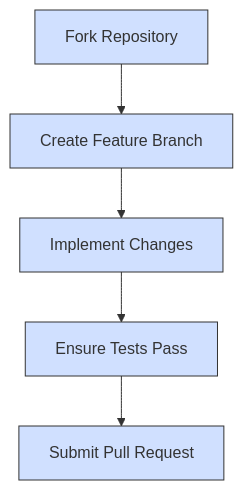
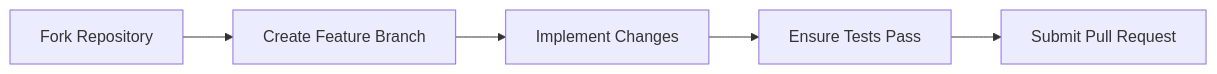
One commit to tzolkowski96/tzolkowski96 changed the ninth of 9 diagrams in us-household-income-analysis/README.md. Above: the diagram before and after it, drawn with Mermaid. The commit also changed other lines of this file, not shown here.

````diff
--- a/us-household-income-analysis/README.md
+++ b/us-household-income-analysis/README.md
@@ -979,13 +745,7 @@
 ```mermaid
-graph TD
+flowchart LR
     A[Fork Repository] --> B[Create Feature Branch]
     B --> C[Implement Changes]
     C --> D[Ensure Tests Pass]
     D --> E[Submit Pull Request]
-    
-    style A fill:#d0e0ff,stroke:#333,stroke-width:1px
-    style B fill:#d0e0ff,stroke:#333,stroke-width:1px
-    style C fill:#d0e0ff,stroke:#333,stroke-width:1px
-    style D fill:#d0e0ff,stroke:#333,stroke-width:1px
-    style E fill:#d0e0ff,stroke:#333,stroke-width:1px
 ```
````
